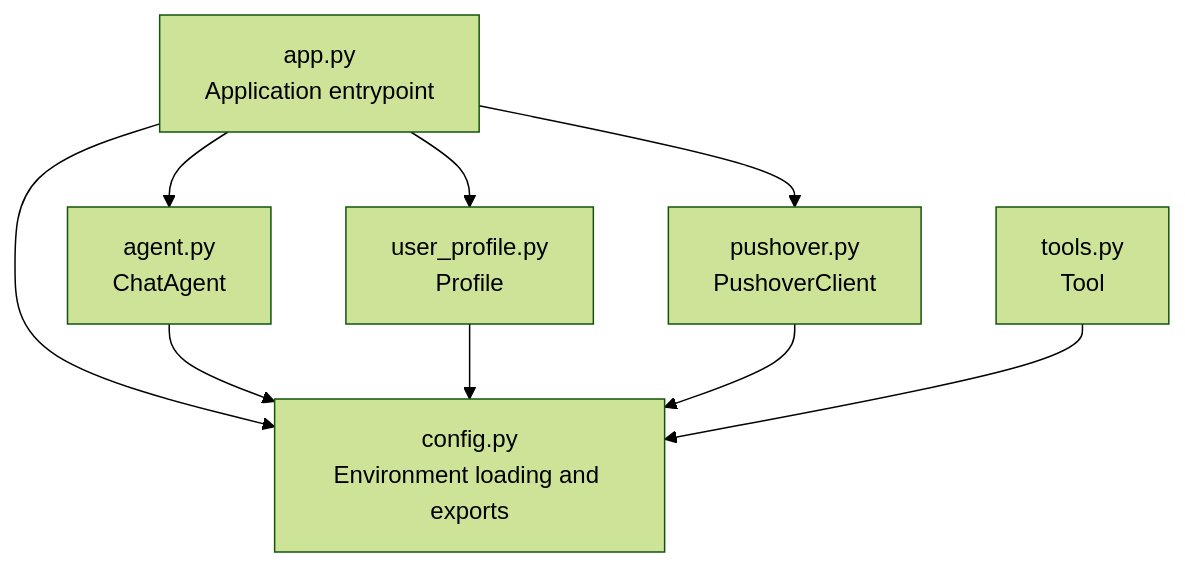
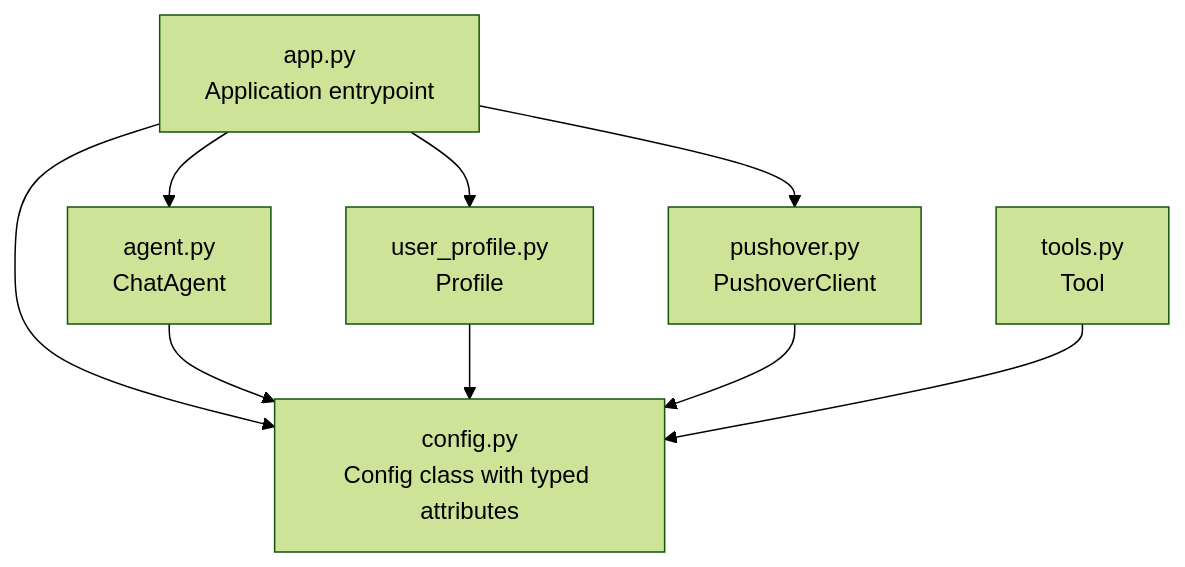
Before and after one commit to jessedatawiz/professional-alter-ego: the first of 4 diagrams in .qoder/repowiki/en/content/Configuration Management.md, drawn with Mermaid (forest theme). The commit also changed other lines of this file and 3 other files, not shown here.

````diff
--- a/.qoder/repowiki/en/content/Configuration Management.md
+++ b/.qoder/repowiki/en/content/Configuration Management.md
@@ -32,17 +41,17 @@
 ```mermaid
 graph TB
-Config["config.py<br/>Environment loading and exports"]
+ConfigClass["config.py<br/>Config class with typed attributes"]
 App["app.py<br/>Application entrypoint"]
 Agent["agent.py<br/>ChatAgent"]
 Profile["user_profile.py<br/>Profile"]
 Pushover["pushover.py<br/>PushoverClient"]
 Tools["tools.py<br/>Tool"]
-App --> Config
+App --> ConfigClass
 App --> Agent
 App --> Profile
 App --> Pushover
-Agent --> Config
-Profile --> Config
-Pushover --> Config
-Tools --> Config
+Agent --> ConfigClass
+Profile --> ConfigClass
+Pushover --> ConfigClass
+Tools --> ConfigClass
 ```
````
